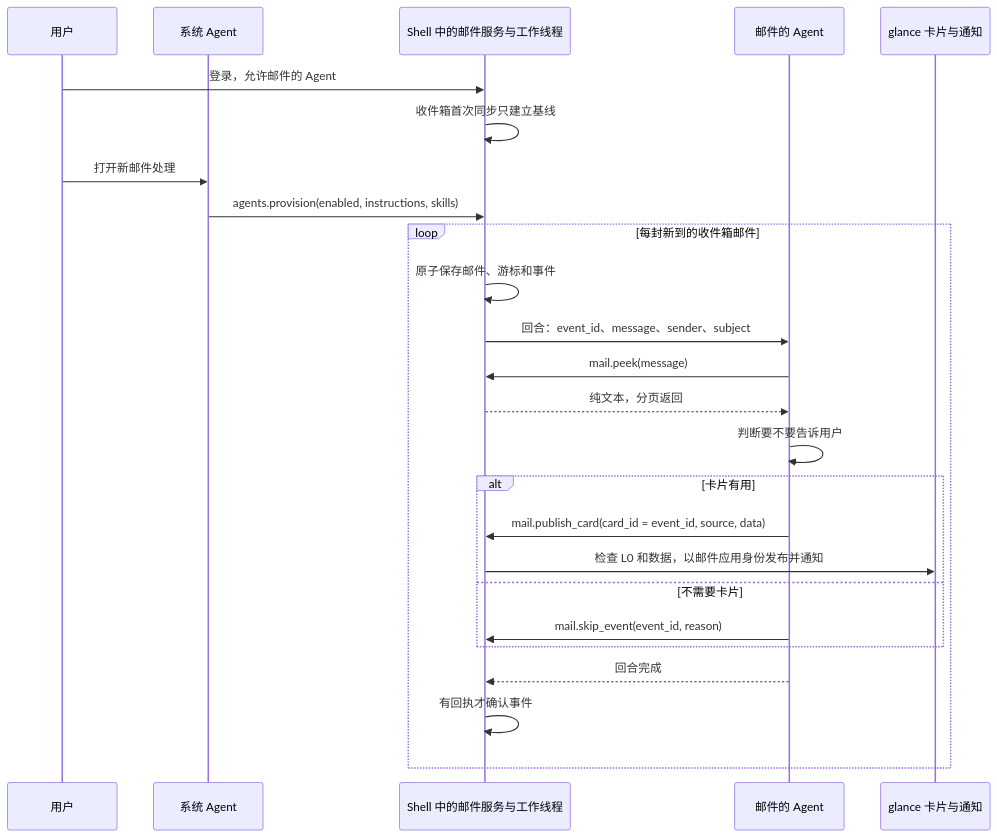
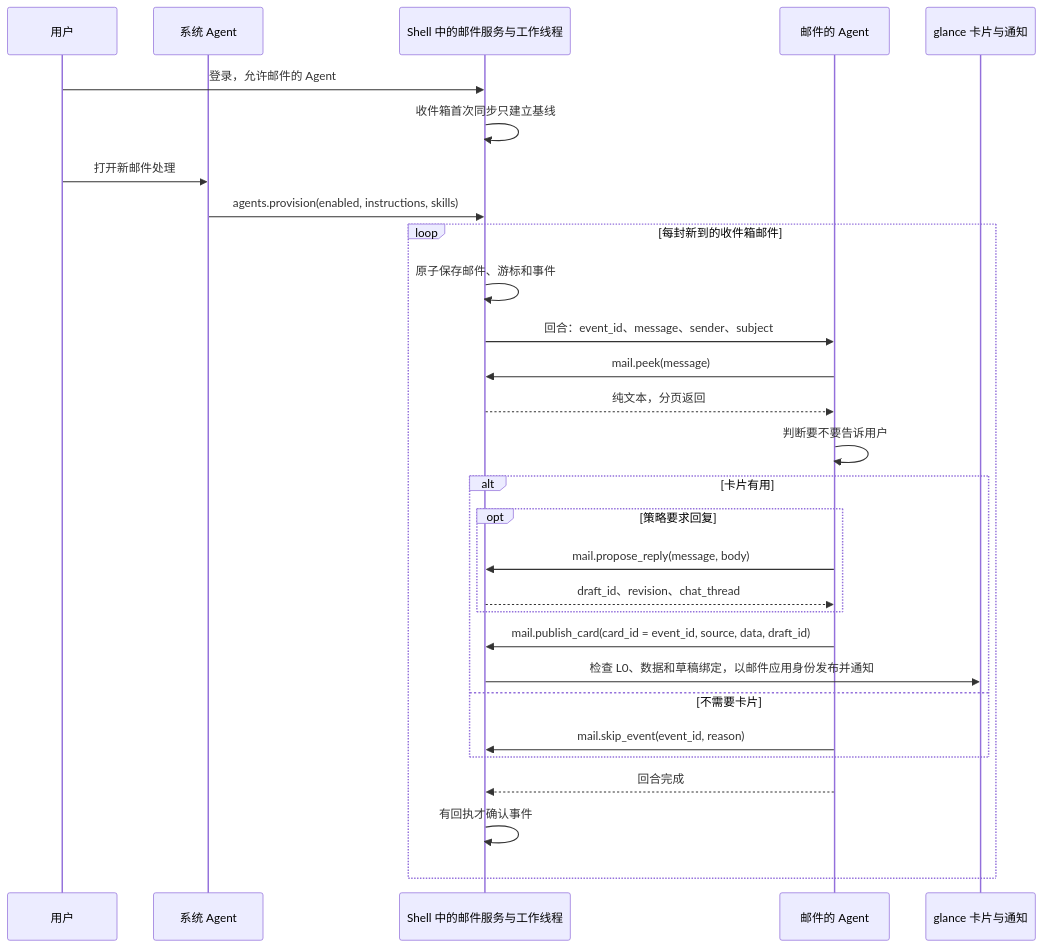
Before and after one commit to OctoSense-org/OctoSense: the diagram in docs/mail-agent-events.zh-CN.md, drawn with Mermaid. The commit also changed other lines of this file and 9 other files, not shown here.

````diff
--- a/docs/mail-agent-events.zh-CN.md
+++ b/docs/mail-agent-events.zh-CN.md
@@ -13,27 +13,31 @@
 ```mermaid
 sequenceDiagram
     participant Person as 用户
     participant System as 系统 Agent
     participant Host as Shell 中的邮件服务与工作线程
     participant Mail as 邮件的 Agent
     participant UI as glance 卡片与通知
     Person->>Host: 登录，允许邮件的 Agent
     Host->>Host: 收件箱首次同步只建立基线
     Person->>System: 打开新邮件处理
     System->>Host: agents.provision(enabled, instructions, skills)
     loop 每封新到的收件箱邮件
         Host->>Host: 原子保存邮件、游标和事件
         Host->>Mail: 回合：event_id、message、sender、subject
         Mail->>Host: mail.peek(message)
         Host-->>Mail: 纯文本，分页返回
         Mail->>Mail: 判断要不要告诉用户
         alt 卡片有用
-            Mail->>Host: mail.publish_card(card_id = event_id, source, data)
-            Host->>UI: 检查 L0 和数据，以邮件应用身份发布并通知
+            opt 策略要求回复
+                Mail->>Host: mail.propose_reply(message, body)
+                Host-->>Mail: draft_id、revision、chat_thread
+            end
+            Mail->>Host: mail.publish_card(card_id = event_id, source, data, draft_id)
+            Host->>UI: 检查 L0、数据和草稿绑定，以邮件应用身份发布并通知
         else 不需要卡片
             Mail->>Host: mail.skip_event(event_id, reason)
         end
         Mail-->>Host: 回合完成
         Host->>Host: 有回执才确认事件
     end
 ```
````
